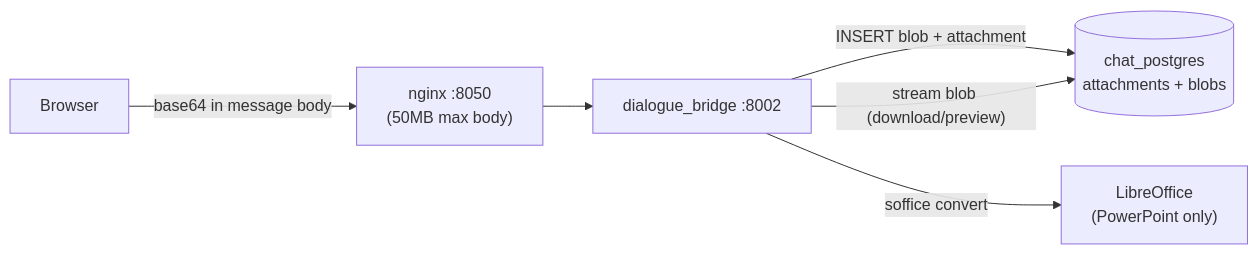
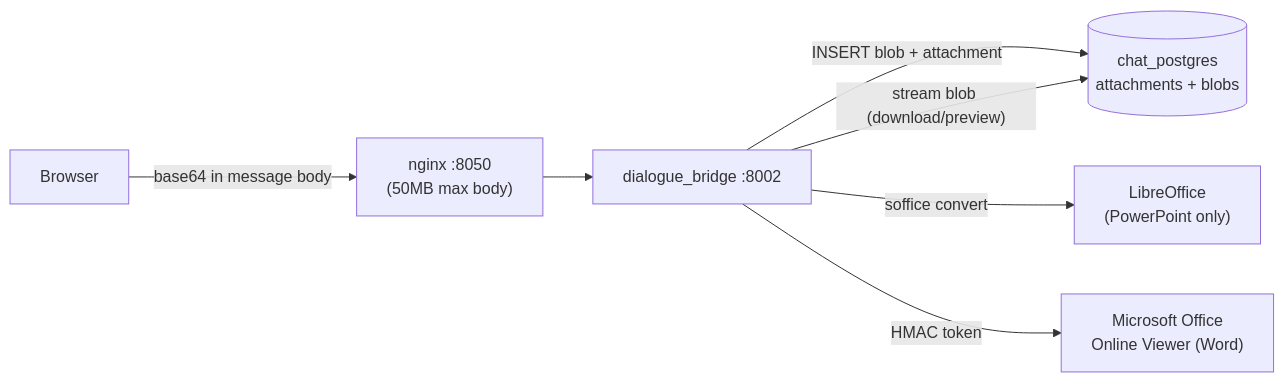
Before and after one commit to konstantinosmpouros/mAgenticX: the first of 2 diagrams in docs/flows/attachments.md, drawn with Mermaid. The commit also changed other lines of this file and 19 other files, not shown here.

````diff
--- a/docs/flows/attachments.md
+++ b/docs/flows/attachments.md
@@ -9,8 +9,9 @@
 ```mermaid
 flowchart LR
     Browser["Browser"] -->|"base64 in message body"| nginx["nginx :8050\n(50MB max body)"]
     nginx --> bridge["dialogue_bridge :8002"]
     bridge -->|"INSERT blob + attachment"| pg[("chat_postgres\nattachments + blobs")]
     bridge -->|"stream blob (download/preview)"| pg
     bridge -->|"soffice convert"| lo["LibreOffice\n(PowerPoint only)"]
+    bridge -->|"HMAC token"| viewer["Microsoft Office\nOnline Viewer (Word)"]
 ```
````
